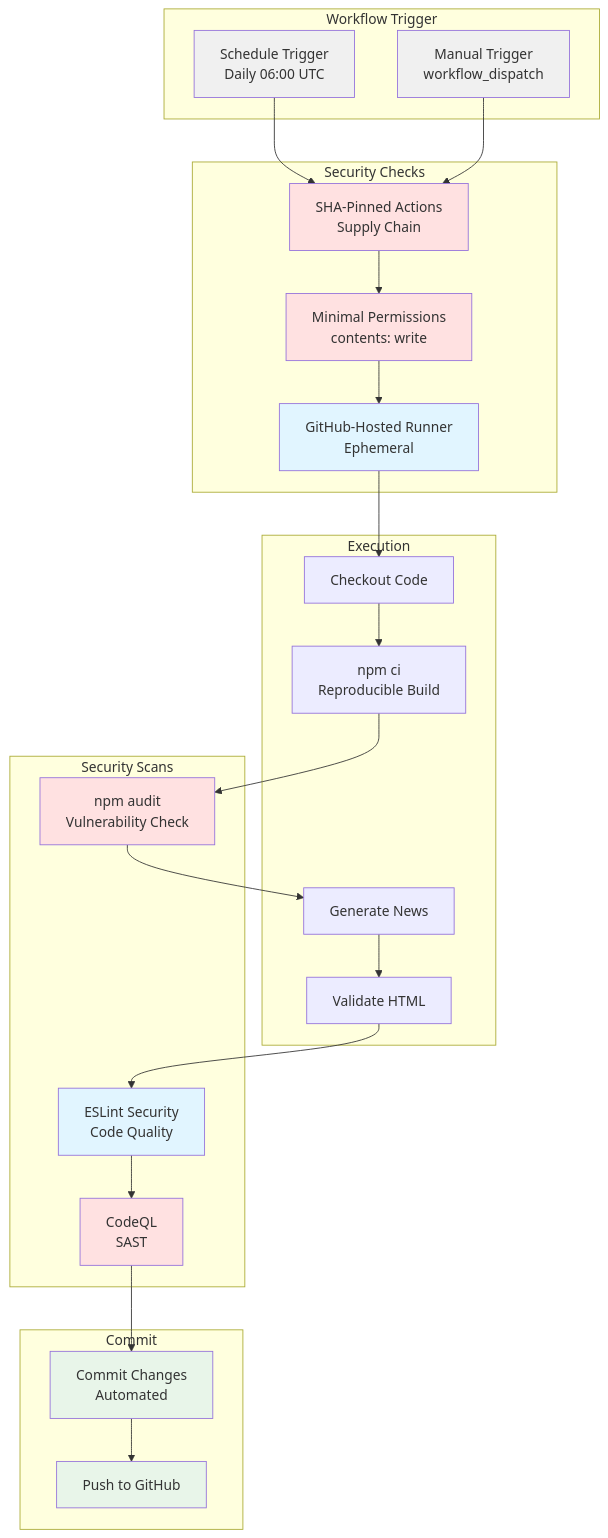
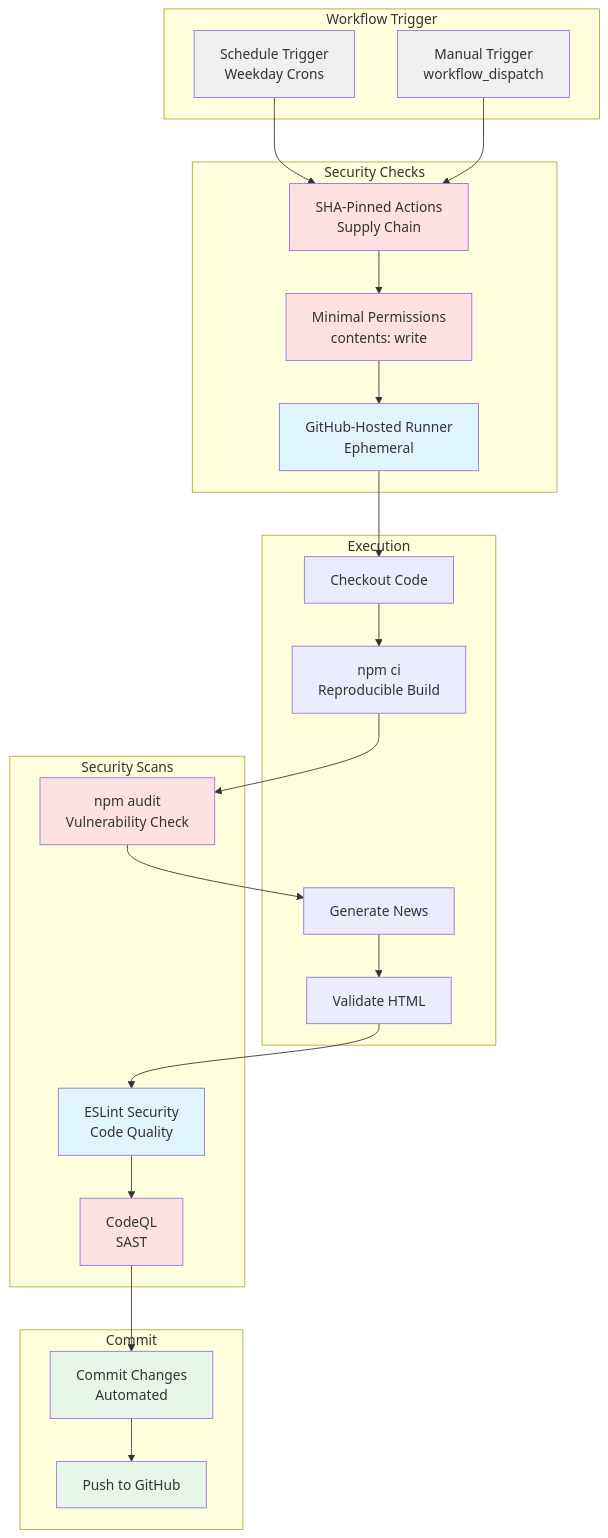
One commit to Hack23/euparliamentmonitor changed the tenth of 18 diagrams in SECURITY_ARCHITECTURE.md. Above: the diagram before and after it, drawn with Mermaid. The commit also changed other lines of this file, not shown here.

First line of the commit message:
fix: correct SECURITY_ARCHITECTURE.md to match actual system implementation

````diff
--- a/SECURITY_ARCHITECTURE.md
+++ b/SECURITY_ARCHITECTURE.md
@@ -906,59 +916,59 @@
 ```mermaid
 flowchart TD
     subgraph "Workflow Trigger"
-        SCHED[Schedule Trigger<br/>Daily 06:00 UTC]
+        SCHED[Schedule Trigger<br/>Weekday Crons]
         MANUAL[Manual Trigger<br/>workflow_dispatch]
     end
 
     subgraph "Security Checks"
         PIN[SHA-Pinned Actions<br/>Supply Chain]
         PERM[Minimal Permissions<br/>contents: write]
         RUNNER[GitHub-Hosted Runner<br/>Ephemeral]
     end
 
     subgraph "Execution"
         CHECKOUT[Checkout Code]
         INSTALL[npm ci<br/>Reproducible Build]
         GENERATE[Generate News]
         VALIDATE[Validate HTML]
     end
 
     subgraph "Security Scans"
         AUDIT[npm audit<br/>Vulnerability Check]
         CODEQL_SCAN[CodeQL<br/>SAST]
         LINT[ESLint Security<br/>Code Quality]
     end
 
     subgraph "Commit"
         COMMIT[Commit Changes<br/>Automated]
         PUSH[Push to GitHub]
     end
 
     SCHED --> PIN
     MANUAL --> PIN
     PIN --> PERM
     PERM --> RUNNER
     RUNNER --> CHECKOUT
 
     CHECKOUT --> INSTALL
     INSTALL --> AUDIT
     AUDIT --> GENERATE
     GENERATE --> VALIDATE
 
     VALIDATE --> LINT
     LINT --> CODEQL_SCAN
 
     CODEQL_SCAN --> COMMIT
     COMMIT --> PUSH
 
     style SCHED fill:#f0f0f0
     style MANUAL fill:#f0f0f0
     style PIN fill:#ffe1e1
     style PERM fill:#ffe1e1
     style RUNNER fill:#e1f5ff
     style AUDIT fill:#ffe1e1
     style CODEQL_SCAN fill:#ffe1e1
     style LINT fill:#e1f5ff
     style COMMIT fill:#e8f5e9
     style PUSH fill:#e8f5e9
 ```
````
